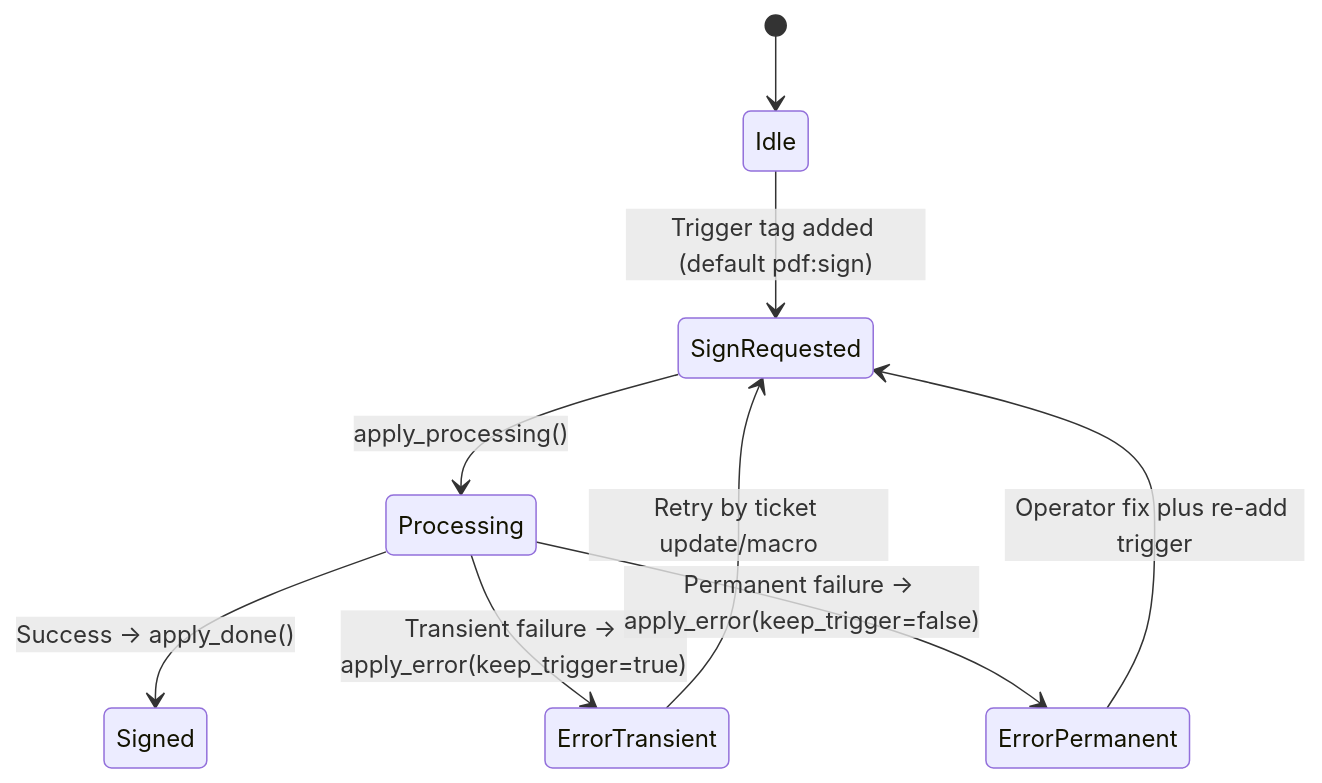
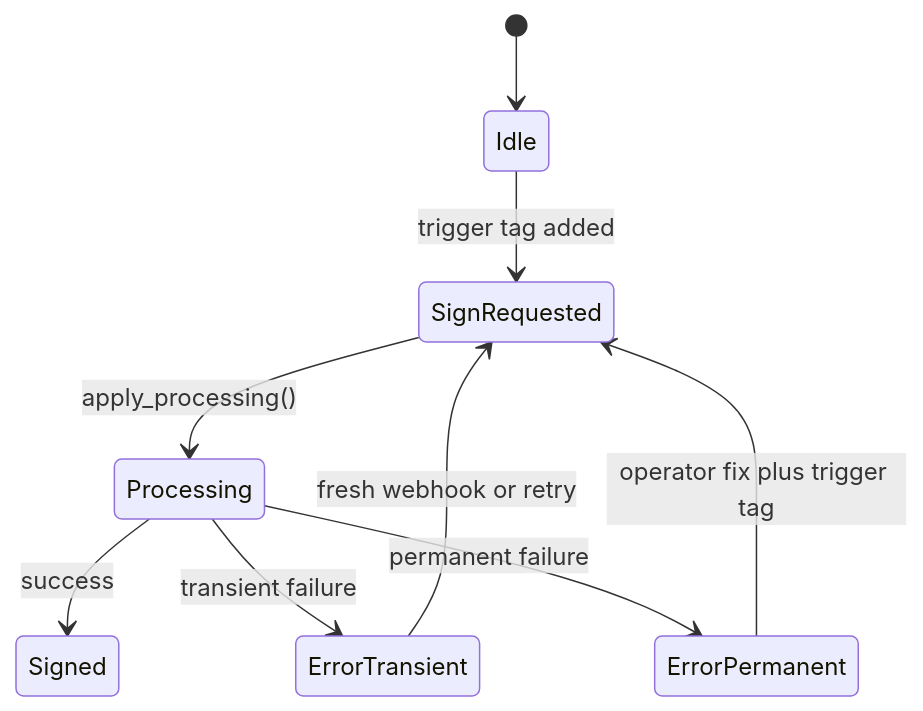
The second of 2 diagrams in docs/01-architecture.md (sebastianspicker/chronikwerk), drawn with Mermaid before and after one commit. The commit also changed other lines of this file and 187 other files, not shown here.

````diff
--- a/docs/01-architecture.md
+++ b/docs/01-architecture.md
@@ -58,11 +36,11 @@
 ```mermaid
 stateDiagram-v2
   [*] --> Idle
-  Idle --> SignRequested: Trigger tag added (default pdf:sign)
+  Idle --> SignRequested: trigger tag added
   SignRequested --> Processing: apply_processing()
-  Processing --> Signed: Success -> apply_done()
-  Processing --> ErrorTransient: Transient failure -> apply_error(keep_trigger=true)
-  Processing --> ErrorPermanent: Permanent failure -> apply_error(keep_trigger=false)
-  ErrorTransient --> SignRequested: Retry by ticket update/macro
-  ErrorPermanent --> SignRequested: Operator fix plus re-add trigger
+  Processing --> Signed: success
+  Processing --> ErrorTransient: transient failure
+  Processing --> ErrorPermanent: permanent failure
+  ErrorTransient --> SignRequested: fresh webhook or retry
+  ErrorPermanent --> SignRequested: operator fix plus trigger tag
 ```
````
